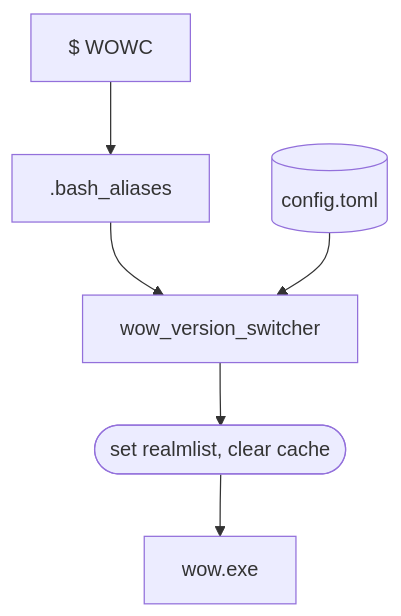
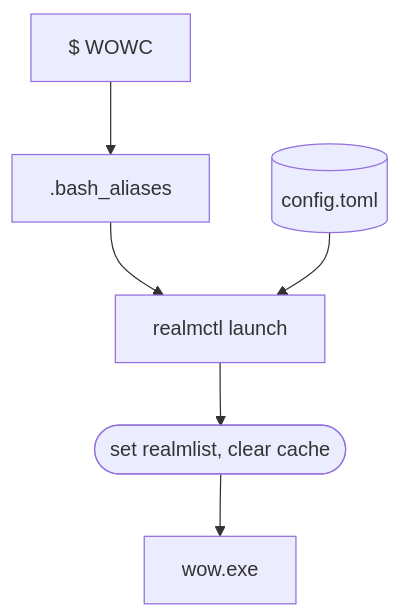
One commit to sogladev/wow-realm-switch-utility changed the first of 2 diagrams in README.md. Above: the diagram before and after it, drawn with Mermaid. The commit also changed other lines of this file and 11 other files, not shown here.

````diff
--- a/README.md
+++ b/README.md
@@ -4,8 +4,9 @@
 ```mermaid
 graph TD;
-    cmd-->.bash_aliases-->wow_version_switcher-->do_config-->wow.exe
-    config.toml-->wow_version_switcher
+    cmd-->.bash_aliases-->realmctl-->do_config-->wow.exe
+    config.toml-->realmctl
+    realmctl[realmctl launch]
     config.toml[(config.toml)]
     cmd[$ WOWC]
     do_config([set realmlist, clear cache])
 ```
````
